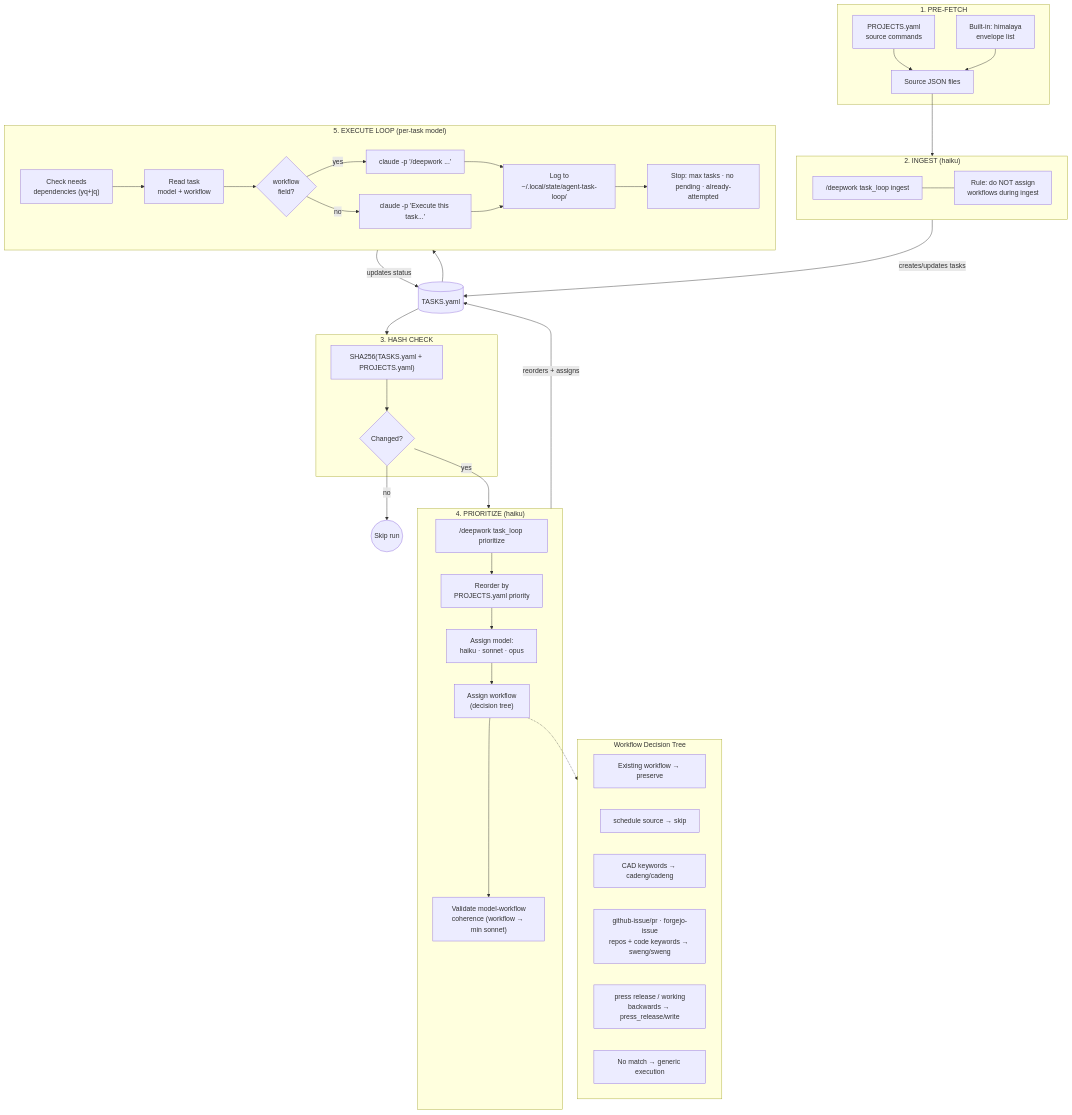
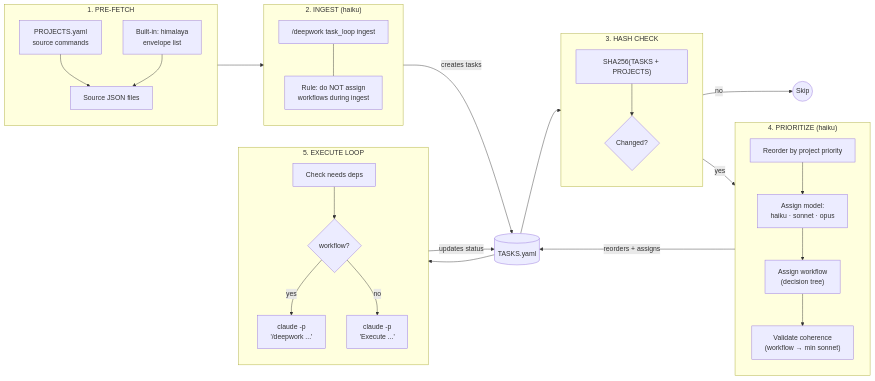
One commit to ncrmro/keystone changed the third of 3 diagrams in docs/os-agents.md. Above: the diagram before and after it, drawn with Mermaid.

Commit message:
docs(agent): change pipeline data flow diagram to left-to-right layout
Match the Task Loop Architecture diagram's LR orientation for consistency.
Simplified node labels to fit the horizontal layout.

````diff
--- a/docs/os-agents.md
+++ b/docs/os-agents.md
@@ -426,68 +426,57 @@
 ```mermaid
-flowchart TD
+flowchart LR
     subgraph Prefetch["1. PRE-FETCH"]
+        direction TB
         proj_src["PROJECTS.yaml<br/>source commands"]
         email_builtin["Built-in: himalaya<br/>envelope list"]
         fetch_out["Source JSON files"]
         proj_src --> fetch_out
         email_builtin --> fetch_out
     end
 
     subgraph Ingest["2. INGEST (haiku)"]
+        direction TB
         ingest_dw["/deepwork task_loop ingest"]
         ingest_rule["Rule: do NOT assign<br/>workflows during ingest"]
         ingest_dw --- ingest_rule
     end
 
     subgraph HashCheck["3. HASH CHECK"]
-        hash["SHA256(TASKS.yaml + PROJECTS.yaml)"]
+        direction TB
+        hash["SHA256(TASKS + PROJECTS)"]
         skip{"Changed?"}
         hash --> skip
     end
 
     subgraph Prioritize["4. PRIORITIZE (haiku)"]
-        pri_dw["/deepwork task_loop prioritize"]
-        reorder["Reorder by<br/>PROJECTS.yaml priority"]
+        direction TB
+        reorder["Reorder by project priority"]
         assign_model["Assign model:<br/>haiku · sonnet · opus"]
         assign_wf["Assign workflow<br/>(decision tree)"]
-        coherence["Validate model-workflow<br/>coherence (workflow → min sonnet)"]
-        pri_dw --> reorder --> assign_model --> assign_wf --> coherence
+        coherence["Validate coherence<br/>(workflow → min sonnet)"]
+        reorder --> assign_model --> assign_wf --> coherence
     end
 
-    subgraph WorkflowTree["Workflow Decision Tree"]
-        direction LR
-        wf_existing["Existing workflow → preserve"]
-        wf_schedule["schedule source → skip"]
-        wf_cad["CAD keywords → cadeng/cadeng"]
-        wf_sweng["github-issue/pr · forgejo-issue<br/>repos + code keywords → sweng/sweng"]
-        wf_press["press release / working<br/>backwards → press_release/write"]
-        wf_none["No match → generic execution"]
-    end
+    subgraph Execute["5. EXECUTE LOOP"]
+        direction TB
+        check_deps["Check needs deps"]
+        dispatch{"workflow?"}
+        with_wf["claude -p<br/>'/deepwork ...'"]
+        without_wf["claude -p<br/>'Execute ...'"]
 
-    subgraph Execute["5. EXECUTE LOOP (per-task model)"]
-        check_deps["Check needs<br/>dependencies (yq+jq)"]
-        read_task["Read task<br/>model + workflow"]
-        dispatch{"workflow<br/>field?"}
-        with_wf["claude -p '/deepwork ...'"]
-        without_wf["claude -p 'Execute this task...'"]
-        log["Log to<br/>~/.local/state/agent-task-loop/"]
-        stop["Stop: max tasks · no pending · already-attempted"]
-
-        check_deps --> read_task --> dispatch
-        dispatch -->|"yes"| with_wf --> log
-        dispatch -->|"no"| without_wf --> log
-        log --> stop
+        check_deps --> dispatch
+        dispatch -->|"yes"| with_wf
+        dispatch -->|"no"| without_wf
     end
 
     tasks_yaml[("TASKS.yaml")]
 
     fetch_out --> Ingest
-    Ingest -->|"creates/updates tasks"| tasks_yaml
+    Ingest -->|"creates tasks"| tasks_yaml
     tasks_yaml --> HashCheck
-    skip -->|"no"| stop_early(("Skip run"))
+    skip -->|"no"| stop_early(("Skip"))
     skip -->|"yes"| Prioritize
-    assign_wf -.-> WorkflowTree
     Prioritize -->|"reorders + assigns"| tasks_yaml
     tasks_yaml --> Execute
     Execute -->|"updates status"| tasks_yaml
 ```
````
